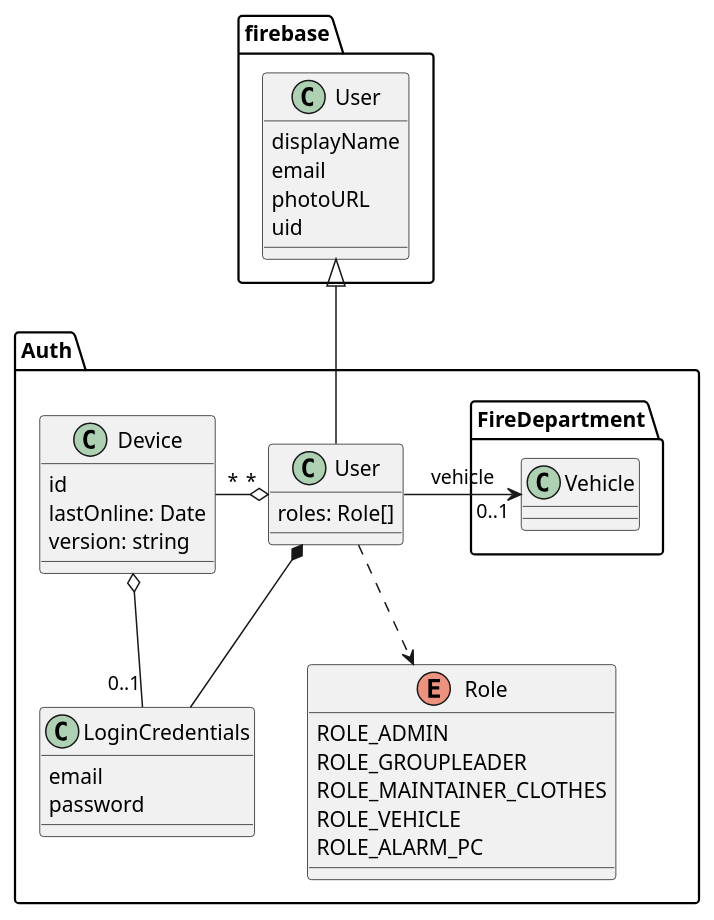
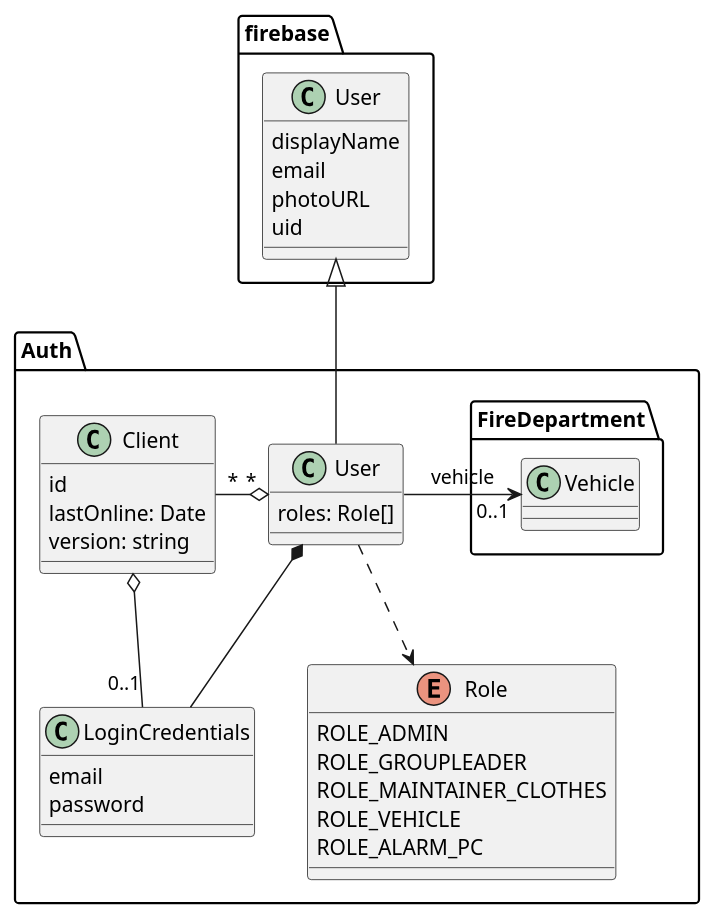
One commit to gampig/feuerwehr-app changed the diagram in docs/03_ObjectDesign/Classes/Auth.plantuml. Above: the diagram before and after it, drawn with PlantUML. The commit also changed 7 other files, not shown here.

```diff
--- a/docs/03_ObjectDesign/Classes/Auth.plantuml
+++ b/docs/03_ObjectDesign/Classes/Auth.plantuml
@@ -1,45 +1,45 @@
 @startuml
 
 class firebase.User {
   displayName
   email
   photoURL
   uid
 }
 
 package Auth {
   class User {
     roles: Role[]
   }
 
   class LoginCredentials {
     email
     password
   }
 
-  class Device {
+  class Client {
     id
     lastOnline: Date
     version: string
   }
 
   enum Role {
     ROLE_ADMIN
     ROLE_GROUPLEADER
     ROLE_MAINTAINER_CLOTHES
     ROLE_VEHICLE
     ROLE_ALARM_PC
   }
 
   firebase.User <|-- User
 
-  Device "*" -o "*" User
+  Client "*" -o "*" User
   User *-- LoginCredentials
 
-  Device o-- "0..1" LoginCredentials
+  Client o-- "0..1" LoginCredentials
 
   User -> "0..1" FireDepartment.Vehicle : vehicle
   User ..> Role
 }
 
 @enduml
```
